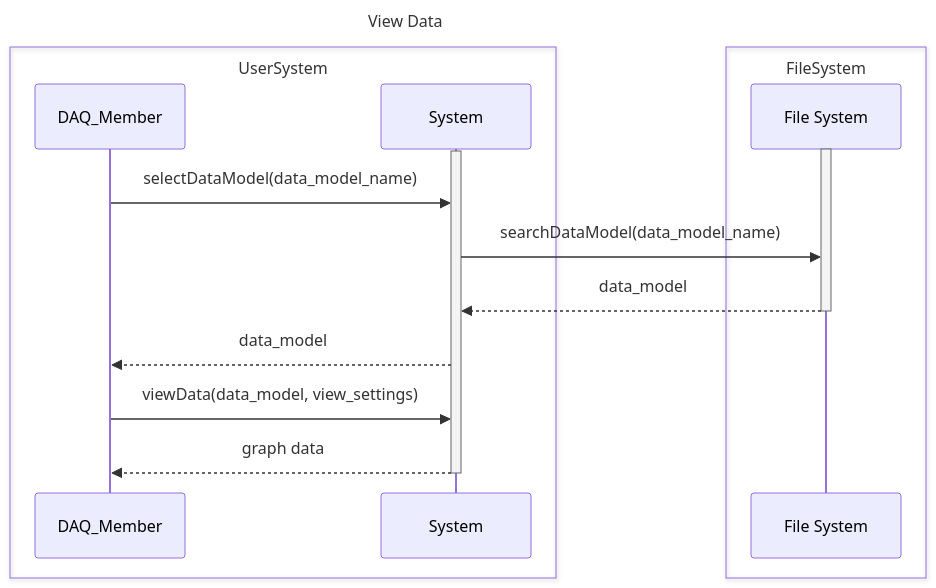
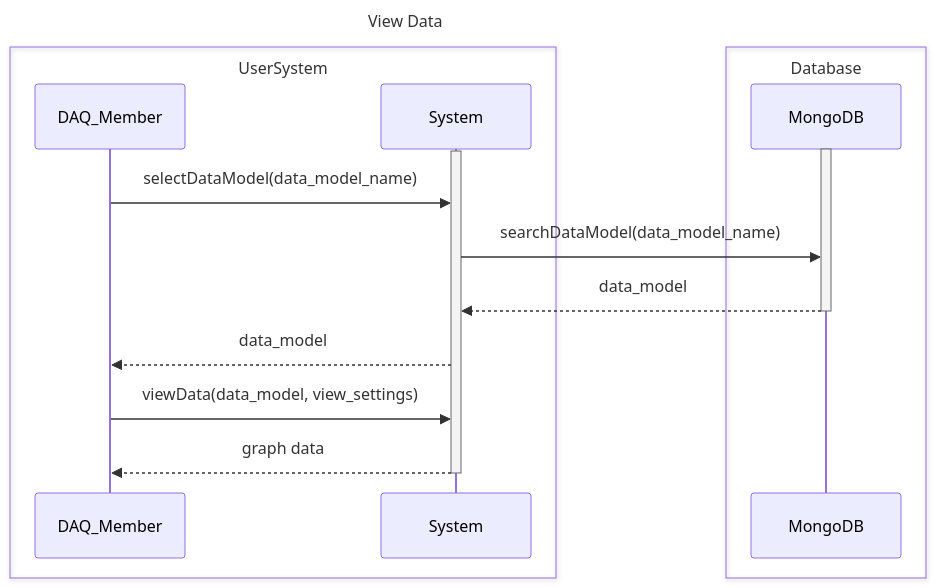
Before and after one commit to Georgia-Tech-Off-Road/DAQAnalyticsWebsiteMK2: the diagram in Design Documents/diagrams/view_data.mmd, drawn with Mermaid. The commit also changed 3 other files, not shown here.

Commit message:
Update file system to database

```diff
--- a/Design Documents/diagrams/view_data.mmd
+++ b/Design Documents/diagrams/view_data.mmd
@@ -1,24 +1,24 @@
 ---
 title: View Data 
 ---
 
 sequenceDiagram
     box UserSystem
         participant U as DAQ_Member
         participant S as System
     end
 
-    box FileSystem
-        participant FS as File System
+    box Database
+        participant FS as MongoDB
     end
 
     activate FS
     activate S
     U->>S: selectDataModel(data_model_name)
     S->>FS: searchDataModel(data_model_name)
     FS-->>S: data_model
     deactivate FS
     S-->>U: data_model
     U->>S: viewData(data_model, view_settings)
     S-->>U: graph data
     deactivate S
```
